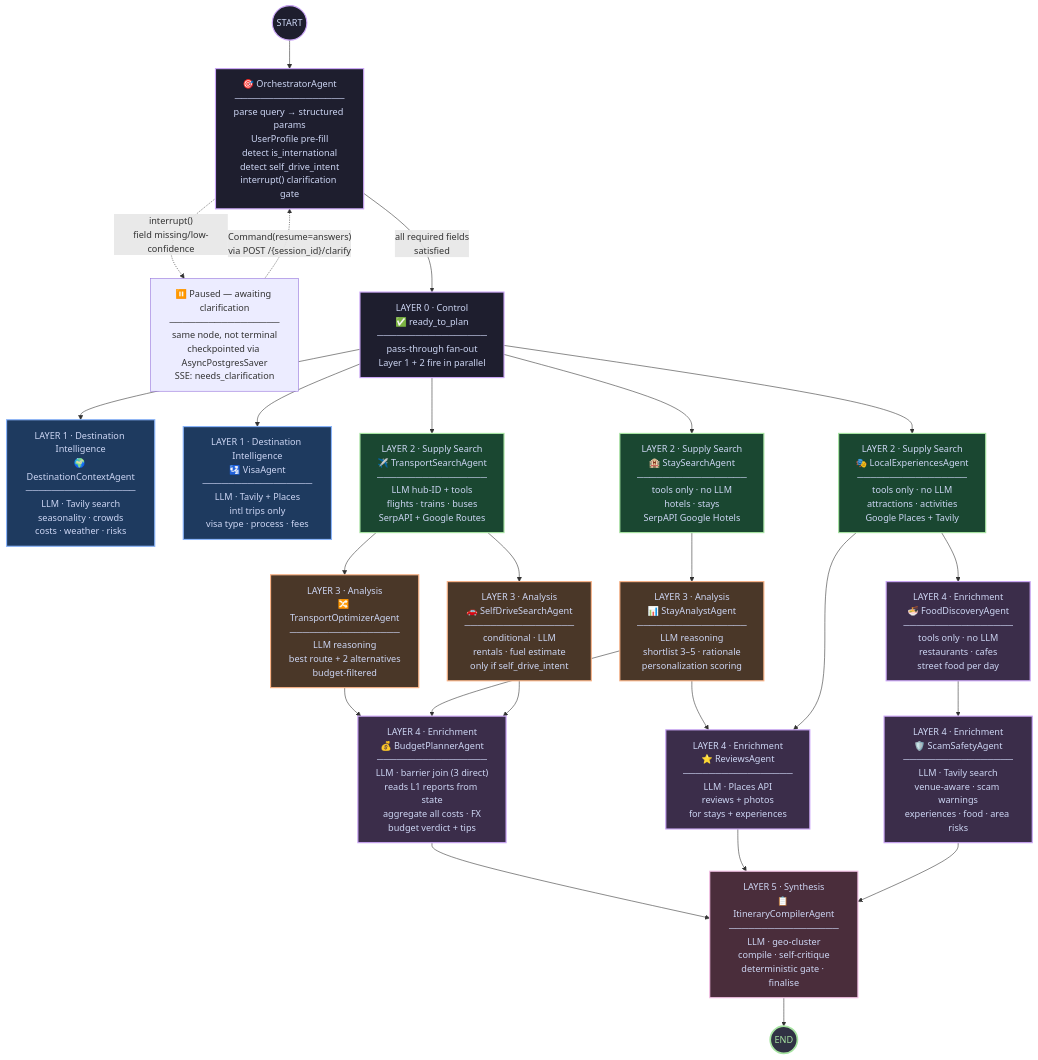
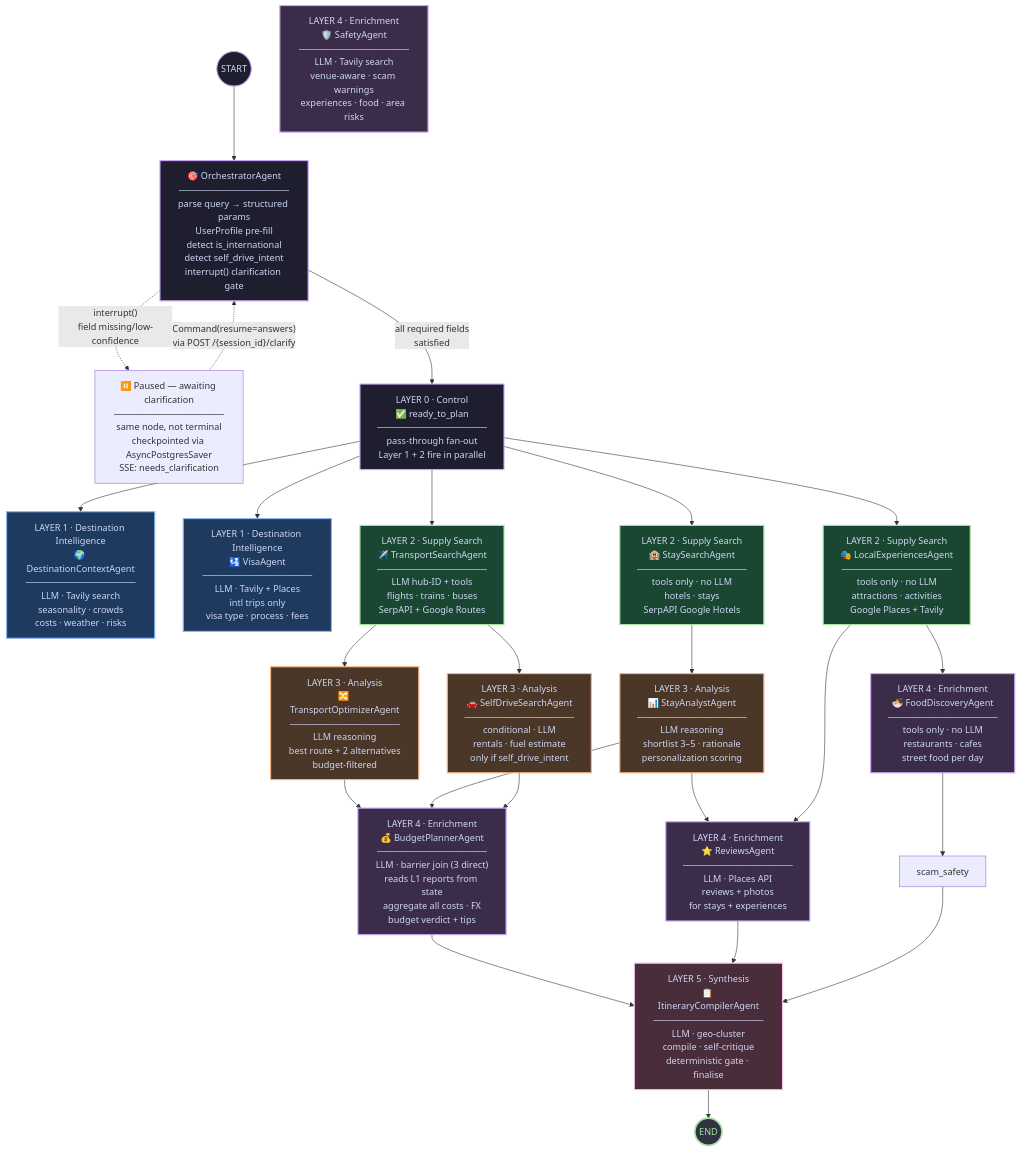
Before and after one commit to thecoducer/TravelCopilot: the first of 3 diagrams in plan.md, drawn with Mermaid. The commit also changed other lines of this file and 4 other files, not shown here.

Commit message:
rename ScamSafetyAgent to SafetyAgent

```diff
--- a/plan.md
+++ b/plan.md
@@ -112,7 +112,7 @@
 
     food_discovery --> scam_safety
 
-    scam_safety["LAYER 4 · Enrichment\n🛡️ ScamSafetyAgent\n─────────────────\nLLM · Tavily search\nvenue-aware · scam warnings\nexperiences · food · area risks"]:::layer4
+    safety["LAYER 4 · Enrichment\n🛡️ SafetyAgent\n─────────────────\nLLM · Tavily search\nvenue-aware · scam warnings\nexperiences · food · area risks"]:::layer4
 
     %% ── Layer 5: Synthesis ───────────────────────────────────────
     budget_planner --> itinerary_compiler
```
